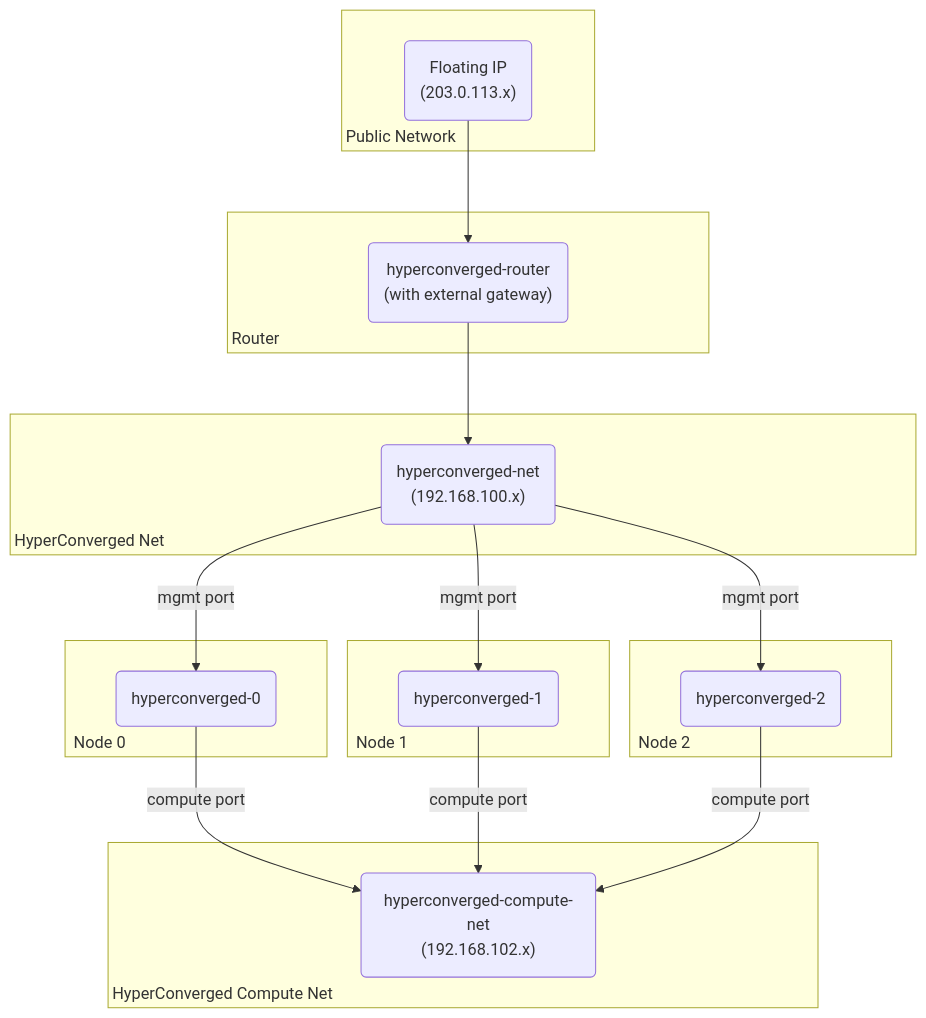
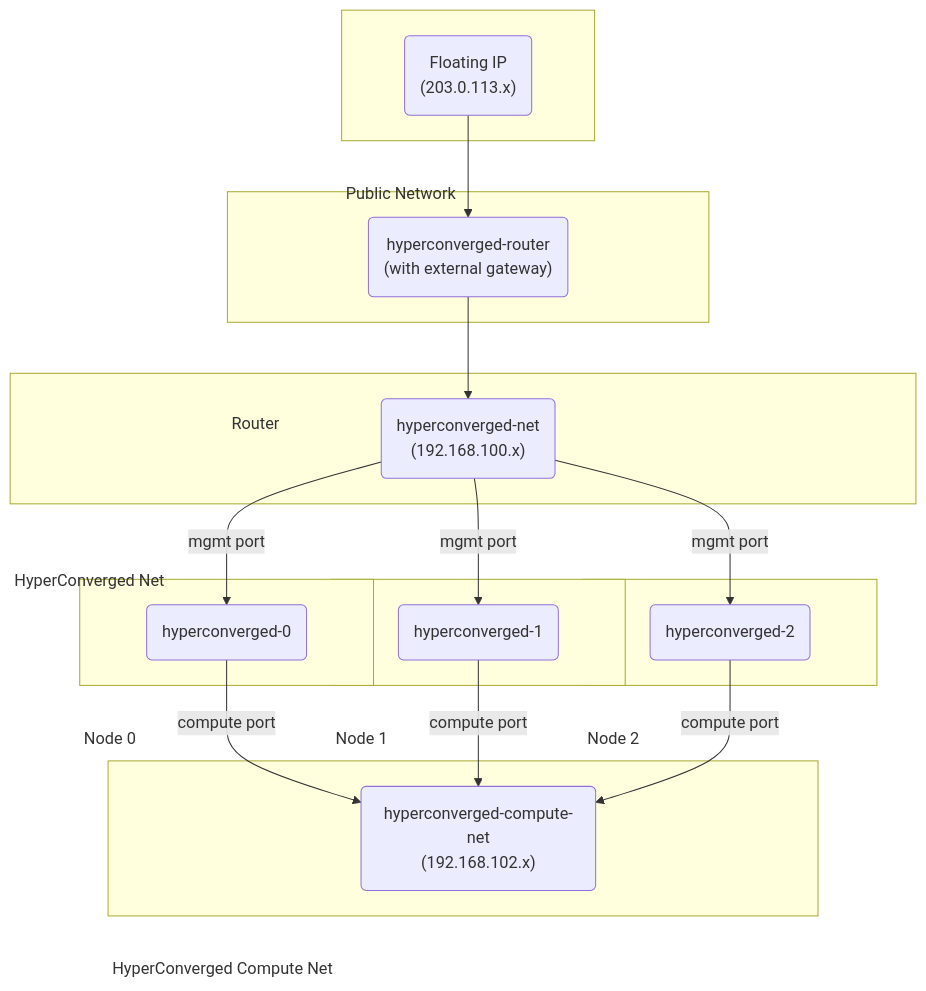
Before and after one commit to OpenStackKen/genestack: the diagram in docs/content/deployment-guide/hyperconverged-lab.md, drawn with Mermaid. The commit also changed 9 other files, not shown here.

````diff
--- a/docs/content/deployment-guide/hyperconverged-lab.md
+++ b/docs/content/deployment-guide/hyperconverged-lab.md
@@ -235,47 +235,44 @@
 ``` mermaid
-%%{ init: { "theme": "default",
-            "flowchart": { "curve": "basis", "nodeSpacing": 80, "rankSpacing": 60 } } }%%
-            
 flowchart TB
     %% Define clusters/subgraphs for clarity
-    subgraph Public_Network ["<div style="width:15em; height:8.5em; display:flex; justify-content: flex-start; align-items:flex-end;">Public Network</div>"]
+    subgraph Public_Network ["<div style="width:15em; height:12em; display:flex; justify-content: flex-start; align-items:flex-end;">Public Network</div>"]
         PF("Floating IP<br>(203.0.113.x)")
     end
 
-    subgraph Router ["<div style="width:29em; height:8.5em; display:flex; justify-content: flex-start; align-items:flex-end;">Router</div>"]
+    subgraph Router ["<div style="width:29em; height:15em; display:flex; justify-content: flex-start; align-items:flex-end;">Router</div>"]
         TR("hyperconverged-router<br>(with external gateway)")
     end
 
-    subgraph Hyperconverged_Net ["<div style="width:55em; height:8.5em; display:flex; justify-content: flex-start; align-items:flex-end;">HyperConverged Net</div>"]
+    subgraph Hyperconverged_Net ["<div style="width:55em; height:13.5em; display:flex; justify-content: flex-start; align-items:flex-end;">HyperConverged Net</div>"]
         TN("hyperconverged-net<br>(192.168.100.x)")
     end
 
-    subgraph Hyperconverged_Compute_Net ["<div style="width:43em; height:10em; display:flex; justify-content: flex-start; align-items:flex-end;">HyperConverged Compute Net</div>"]
+    subgraph Hyperconverged_Compute_Net ["<div style="width:43em; height:13.5em; display:flex; justify-content: flex-start; align-items:flex-end;">HyperConverged Compute Net</div>"]
         TCN("hyperconverged-compute-net<br>(192.168.102.x)")
     end
 
     %% Hyperconverged Nodes
-    subgraph NODE_0 ["<div style="width:15em; height:7em; display:flex; justify-content: flex-start; align-items:flex-end;">Node 0</div>"]
+    subgraph NODE_0 ["<div style="width:17.5em; height:10.5em; display:flex; justify-content: flex-start; align-items:flex-end;">Node 0</div>"]
         HPC0("hyperconverged-0")
     end
 
-    subgraph Node_1 ["<div style="width:15em; height:7em; display:flex; justify-content: flex-start; align-items:flex-end;">Node 1</div>"]
+    subgraph Node_1 ["<div style="width:17.5em; height:10.5em; display:flex; justify-content: flex-start; align-items:flex-end;">Node 1</div>"]
         HPC1("hyperconverged-1")
     end
 
-    subgraph Node_2 ["<div style="width:15em; height:7em; display:flex; justify-content: flex-start; align-items:flex-end;">Node 2</div>"]
+    subgraph Node_2 ["<div style="width:17.5em; height:10.5em; display:flex; justify-content: flex-start; align-items:flex-end;">Node 2</div>"]
         HPC2("hyperconverged-2")
     end
 
     %% Connections
     PF --> TR
     TR --> TN
 
     TN -- mgmt port --> HPC0
     TN -- mgmt port --> HPC1
     TN -- mgmt port --> HPC2
 
     HPC0 -- compute port --> TCN
     HPC1 -- compute port --> TCN
     HPC2 -- compute port --> TCN
 ```
````
